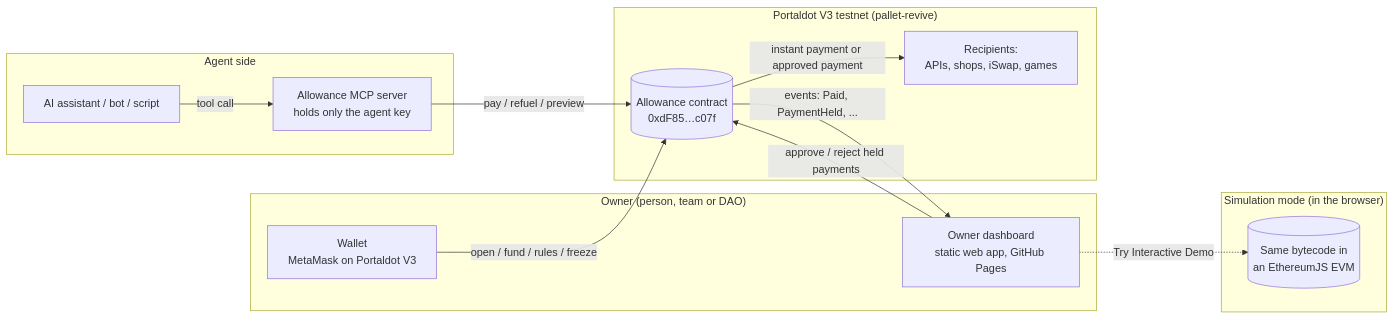
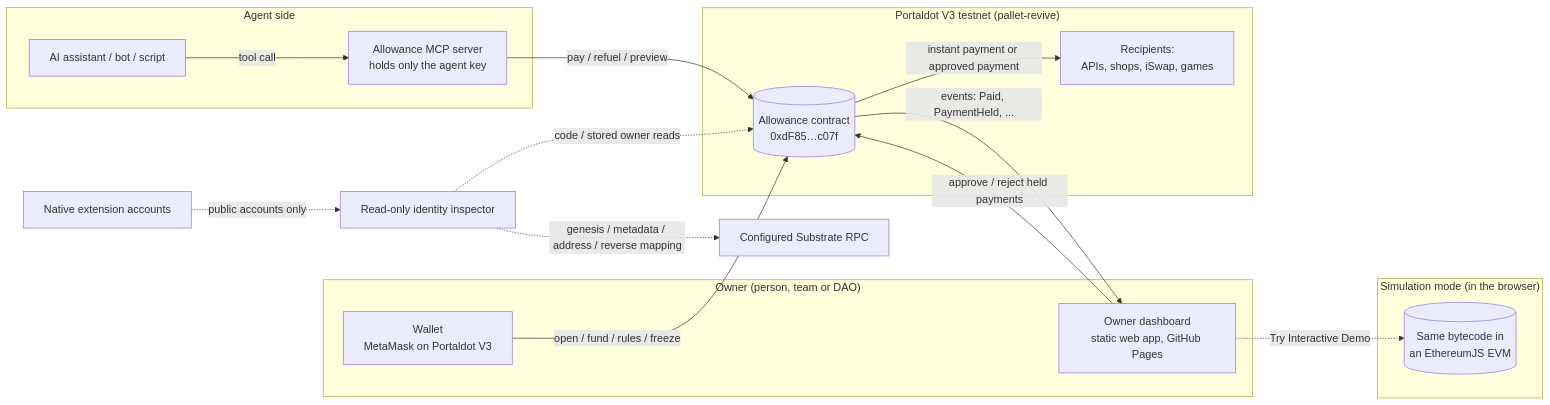
Before and after one commit to Oziman13/allowance: the first of 2 diagrams in docs/ARCHITECTURE.md, drawn with Mermaid. The commit also changed other lines of this file and 24 other files, not shown here.

````diff
--- a/docs/ARCHITECTURE.md
+++ b/docs/ARCHITECTURE.md
@@ -5,26 +5,29 @@
 ```mermaid
 flowchart LR
     subgraph Owner["Owner (person, team or DAO)"]
         W[Wallet<br/>MetaMask on Portaldot V3]
         D[Owner dashboard<br/>static web app, GitHub Pages]
     end
     subgraph Agent["Agent side"]
         AI[AI assistant / bot / script]
         MCP[Allowance MCP server<br/>holds only the agent key]
     end
     subgraph Chain["Portaldot V3 testnet (pallet-revive)"]
         C[(Allowance contract<br/>0xdF85…c07f)]
         R[Recipients:<br/>APIs, shops, iSwap, games]
     end
     subgraph Sim["Simulation mode (in the browser)"]
         S[(Same bytecode in<br/>an EthereumJS EVM)]
     end
 
     W -- open / fund / rules / freeze --> C
     D -- approve / reject held payments --> C
     AI -- tool call --> MCP
     MCP -- pay / refuel / preview --> C
     C -- instant payment or approved payment --> R
     C -- events: Paid, PaymentHeld, ... --> D
     D -. "Try Interactive Demo" .-> S
+    N[Native extension accounts] -. "public accounts only" .-> I[Read-only identity inspector]
+    I -. "genesis / metadata / address / reverse mapping" .-> V[Configured Substrate RPC]
+    I -. "code / stored owner reads" .-> C
 ```
````
